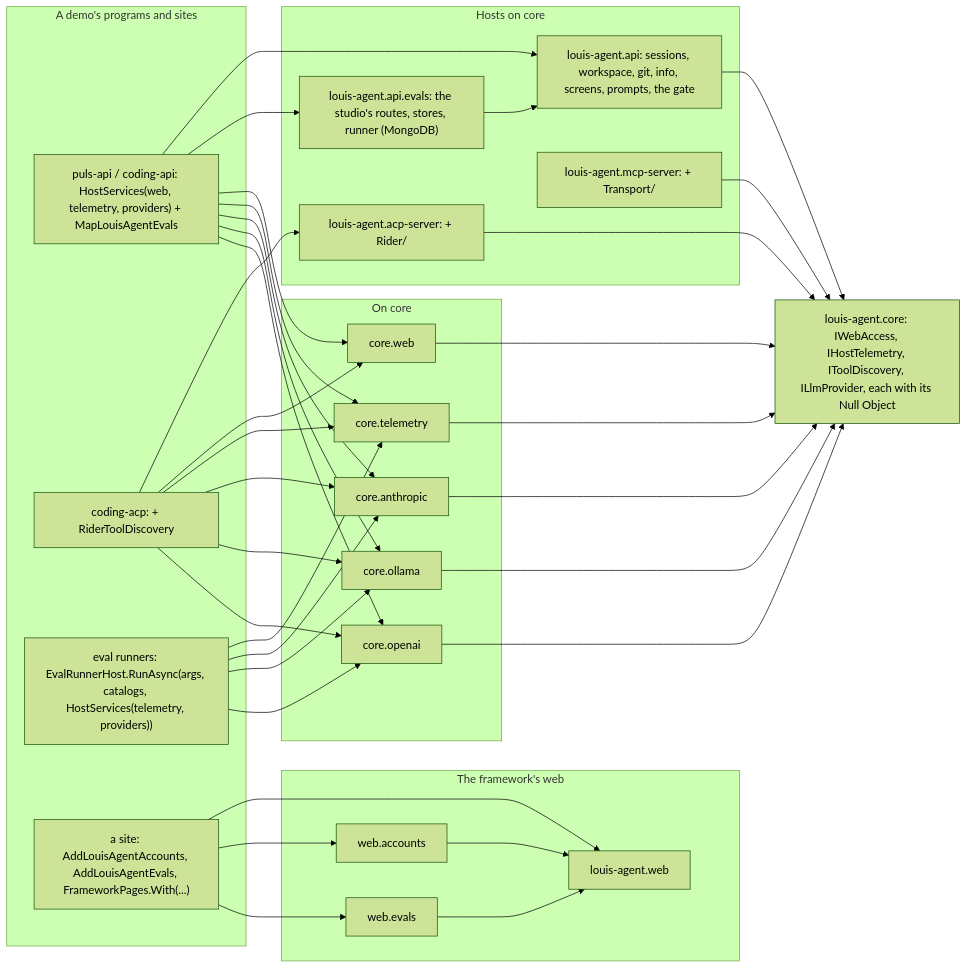
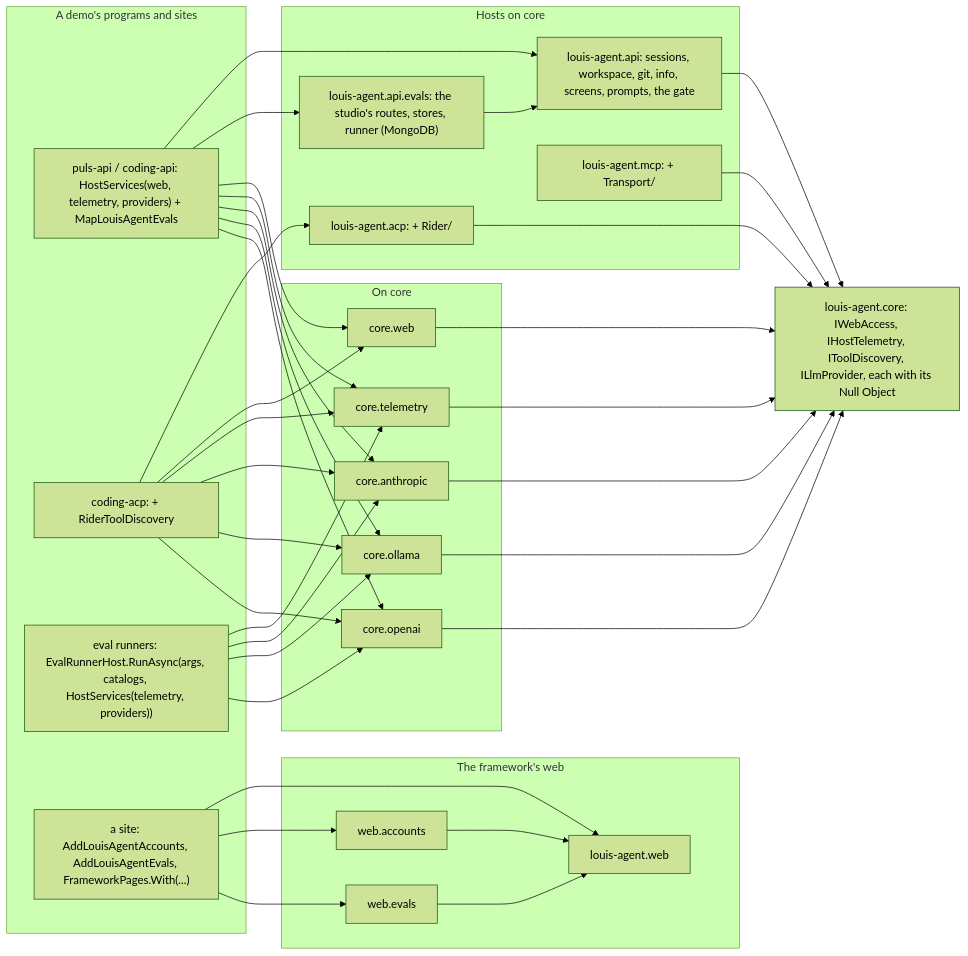
Before and after one commit to bosbevk/louis-agent: the second of 3 diagrams in src/docs/plans/CL57-what-a-project-holds.md, drawn with Mermaid (forest theme). The commit also changed other lines of this file and 136 other files, not shown here.

````diff
--- a/src/docs/plans/CL57-what-a-project-holds.md
+++ b/src/docs/plans/CL57-what-a-project-holds.md
@@ -137,30 +137,30 @@
 ```mermaid
 flowchart LR
     subgraph programs["A demo's programs and sites"]
         api["puls-api / coding-api: HostServices(web, telemetry, providers) + MapLouisAgentEvals"]
         acp["coding-acp: + RiderToolDiscovery"]
         runner["eval runners: EvalRunnerHost.RunAsync(args, catalogs, HostServices(telemetry, providers))"]
         site["a site: AddLouisAgentAccounts, AddLouisAgentEvals, FrameworkPages.With(...)"]
     end
     subgraph oncore["On core"]
         web["core.web"]; tel["core.telemetry"]; anth["core.anthropic"]; oll["core.ollama"]; oai["core.openai"]
     end
     core["louis-agent.core: IWebAccess, IHostTelemetry, IToolDiscovery, ILlmProvider, each with its Null Object"]
     subgraph hosts["Hosts on core"]
         apilib["louis-agent.api: sessions, workspace, git, info, screens, prompts, the gate"]
         apievals["louis-agent.api.evals: the studio's routes, stores, runner (MongoDB)"]
-        acplib["louis-agent.acp-server: + Rider/"]
-        mcplib["louis-agent.mcp-server: + Transport/"]
+        acplib["louis-agent.acp: + Rider/"]
+        mcplib["louis-agent.mcp: + Transport/"]
     end
     subgraph webs["The framework's web"]
         weblib["louis-agent.web"]; webacc["web.accounts"]; webevals["web.evals"]
     end
     api --> apilib & apievals & web & tel & anth & oll & oai
     acp --> acplib & web & tel & anth & oll & oai
     runner --> tel & anth & oll & oai
     site --> weblib & webacc & webevals
     apievals --> apilib
     web & tel & anth & oll & oai --> core
     apilib & acplib & mcplib --> core
     webacc & webevals --> weblib
 ```
````
